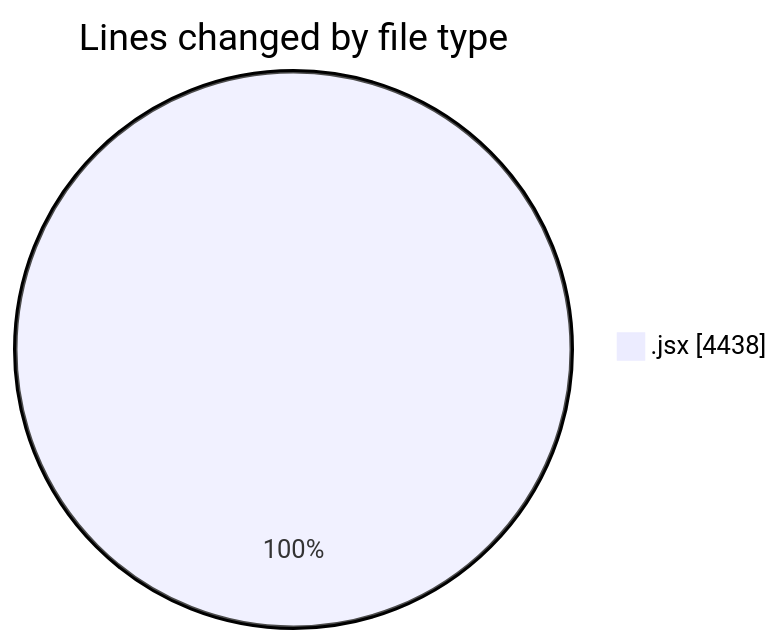
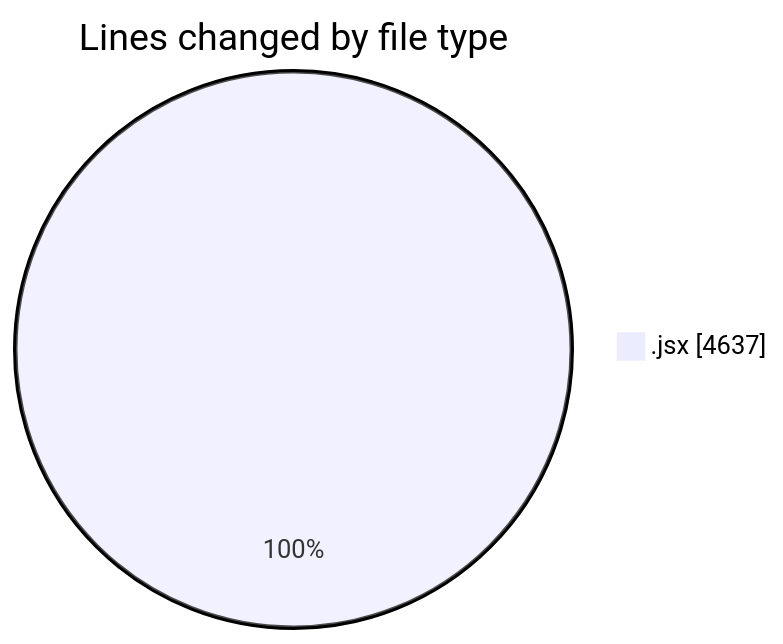
The first of 2 diagrams in 2025-10-07/nxtqube_webapp/README.md (nxtqubesakshisongat/code-tracking), drawn with Mermaid before and after one commit. The commit also changed other lines of this file and 1 other file, not shown here.

````diff
--- a/2025-10-07/nxtqube_webapp/README.md
+++ b/2025-10-07/nxtqube_webapp/README.md
@@ -22,5 +22,5 @@
 ```mermaid
 pie showData
 title Lines changed by file type
-".jsx" : 4438
+".jsx" : 4637
 ```
````
